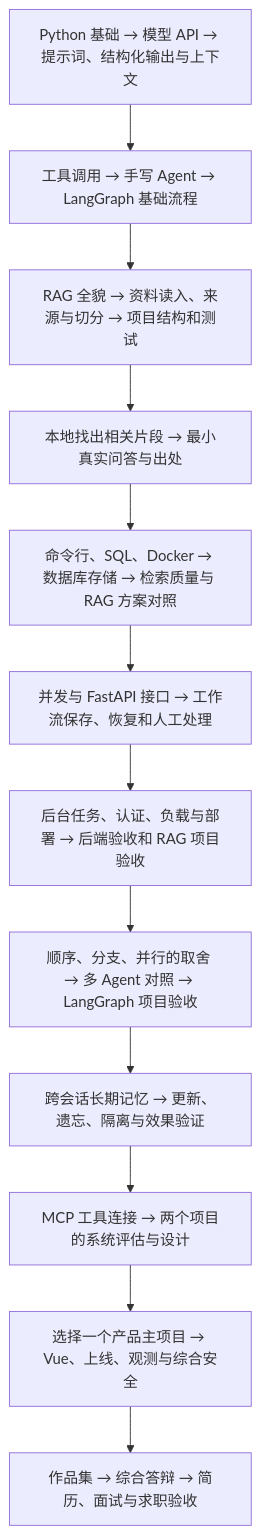
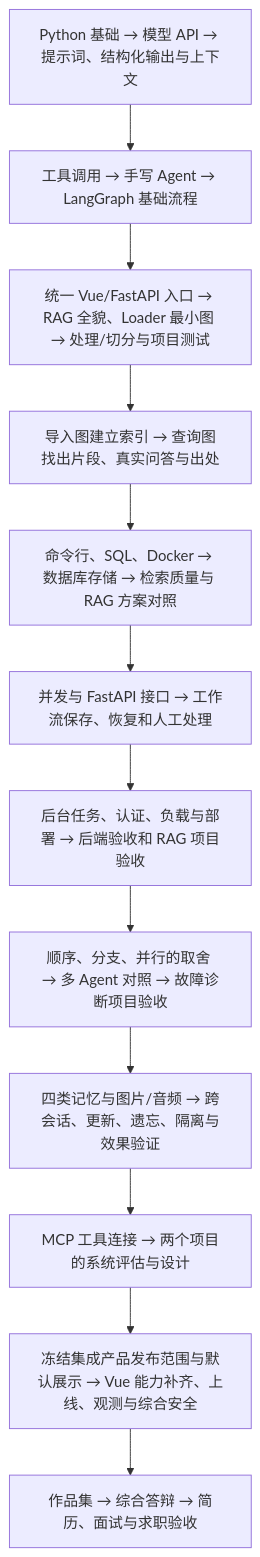
Before and after one commit to humbleded/AI-Agent-Learning: the diagram in tracker/weekly-plan.md, drawn with Mermaid. The commit also changed other lines of this file and 50 other files, not shown here.

````diff
--- a/tracker/weekly-plan.md
+++ b/tracker/weekly-plan.md
@@ -42,14 +47,14 @@
 ```mermaid
 flowchart TD
     A["Python 基础 → 模型 API → 提示词、结构化输出与上下文"] --> B["工具调用 → 手写 Agent → LangGraph 基础流程"]
-    B --> C["RAG 全貌 → 资料读入、来源与切分 → 项目结构和测试"]
-    C --> D["本地找出相关片段 → 最小真实问答与出处"]
+    B --> C["统一 Vue/FastAPI 入口 → RAG 全貌、Loader 最小图 → 处理/切分与项目测试"]
+    C --> D["导入图建立索引 → 查询图找出片段、真实问答与出处"]
     D --> E["命令行、SQL、Docker → 数据库存储 → 检索质量与 RAG 方案对照"]
     E --> F["并发与 FastAPI 接口 → 工作流保存、恢复和人工处理"]
     F --> G["后台任务、认证、负载与部署 → 后端验收和 RAG 项目验收"]
-    G --> H["顺序、分支、并行的取舍 → 多 Agent 对照 → LangGraph 项目验收"]
-    H --> I["跨会话长期记忆 → 更新、遗忘、隔离与效果验证"]
+    G --> H["顺序、分支、并行的取舍 → 多 Agent 对照 → 故障诊断项目验收"]
+    H --> I["四类记忆与图片/音频 → 跨会话、更新、遗忘、隔离与效果验证"]
     I --> J["MCP 工具连接 → 两个项目的系统评估与设计"]
-    J --> K["选择一个产品主项目 → Vue、上线、观测与综合安全"]
+    J --> K["冻结集成产品发布范围与默认展示 → Vue 能力补齐、上线、观测与综合安全"]
     K --> L["作品集 → 综合答辩 → 简历、面试与求职验收"]
 ```
````
